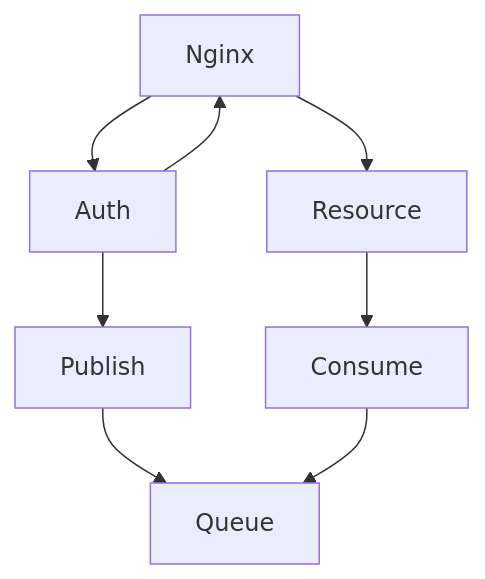
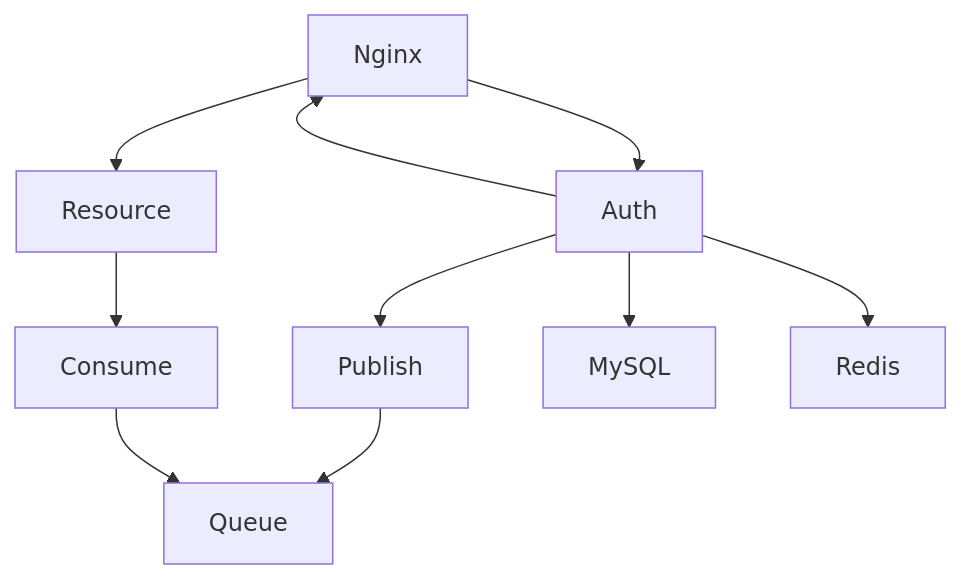
The first of 3 diagrams in readme.md (vojinpavlovic/auth), drawn with Mermaid before and after one commit.

````diff
--- a/readme.md
+++ b/readme.md
@@ -7,8 +7,10 @@
 ```mermaid
 graph TD;
     Nginx-->Auth;
     Auth-->Nginx;
     Auth-->Publish-->Queue;
     Nginx-->Resource
     Resource-->Consume-->Queue
+    Auth-->MySQL
+    Auth-->Redis
 ```
````
